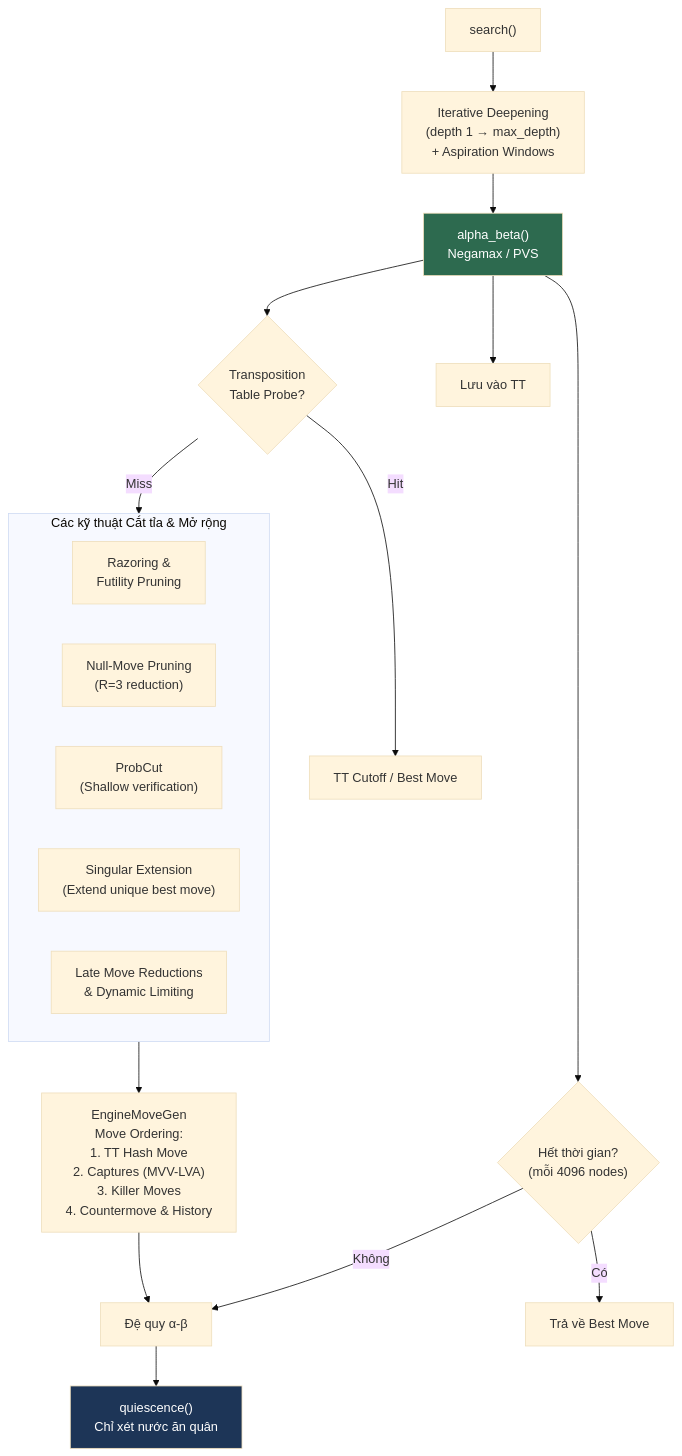
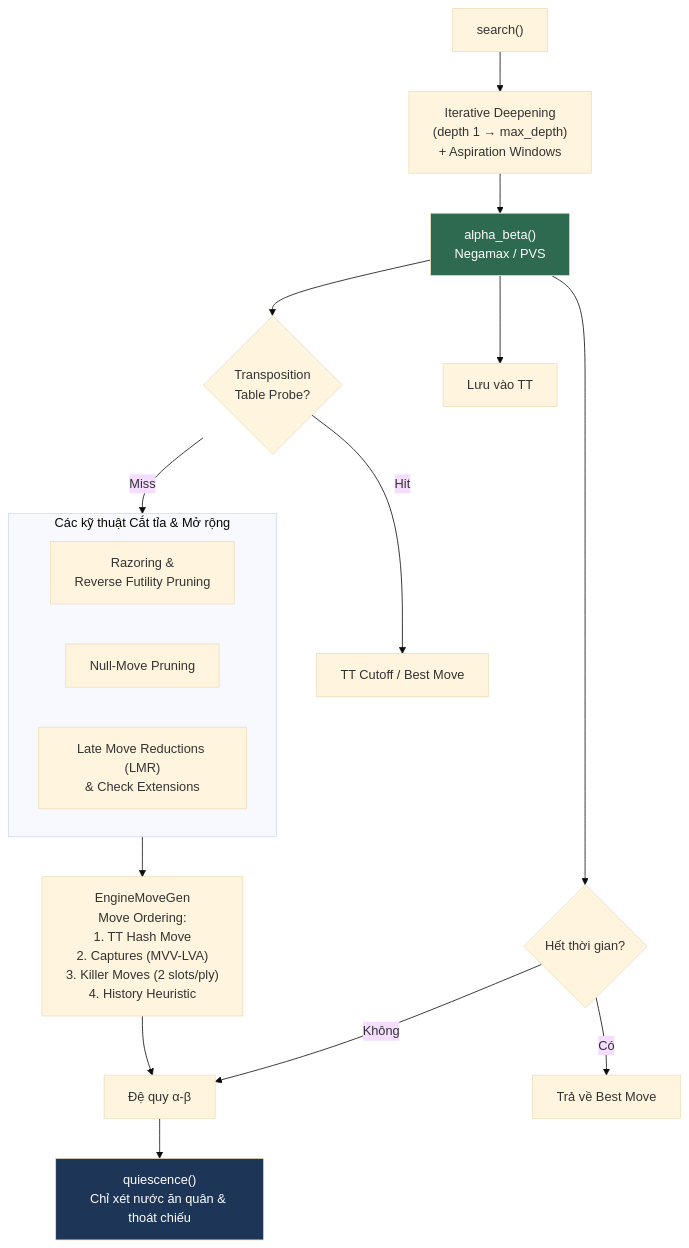
Before and after one commit to thichuong/GameCoTuong: the third of 5 diagrams in ARCHITECTURE.md, drawn with Mermaid (base theme). The commit also changed other lines of this file and 8 other files, not shown here.

````diff
--- a/ARCHITECTURE.md
+++ b/ARCHITECTURE.md
@@ -170,30 +206,28 @@
 ```mermaid
 flowchart TD
     Start["search()"] --> ID["Iterative Deepening<br/>(depth 1 → max_depth)<br/>+ Aspiration Windows"]
     ID --> AB["alpha_beta()<br/>Negamax / PVS"]
 
     AB --> TT{"Transposition<br/>Table Probe?"}
     TT -->|Hit| TTCut["TT Cutoff / Best Move"]
     TT -->|Miss| Pruning
 
     subgraph Pruning["Các kỹ thuật Cắt tỉa & Mở rộng"]
-        RZ["Razoring &<br/>Futility Pruning"]
-        NMP["Null-Move Pruning<br/>(R=3 reduction)"]
-        PC["ProbCut<br/>(Shallow verification)"]
-        SE["Singular Extension<br/>(Extend unique best move)"]
-        LMR["Late Move Reductions<br/>& Dynamic Limiting"]
+        RZ["Razoring &<br/>Reverse Futility Pruning"]
+        NMP["Null-Move Pruning"]
+        LMR["Late Move Reductions (LMR)<br/>& Check Extensions"]
     end
 
-    Pruning --> MoveGen["EngineMoveGen<br/>Move Ordering:<br/>1. TT Hash Move<br/>2. Captures (MVV-LVA)<br/>3. Killer Moves<br/>4. Countermove & History"]
+    Pruning --> MoveGen["EngineMoveGen<br/>Move Ordering:<br/>1. TT Hash Move<br/>2. Captures (MVV-LVA)<br/>3. Killer Moves (2 slots/ply)<br/>4. History Heuristic"]
 
     MoveGen --> Recurse["Đệ quy α-β"]
-    Recurse --> QS["quiescence()<br/>Chỉ xét nước ăn quân"]
+    Recurse --> QS["quiescence()<br/>Chỉ xét nước ăn quân & thoát chiếu"]
 
     AB --> Store["Lưu vào TT"]
-    AB --> TimeCheck{"Hết thời gian?<br/>(mỗi 4096 nodes)"}
+    AB --> TimeCheck{"Hết thời gian?"}
     TimeCheck -->|Có| Return["Trả về Best Move"]
     TimeCheck -->|Không| Recurse
 
     style AB fill:#2d6a4f,color:#fff
     style QS fill:#1d3557,color:#fff
 ```
````
